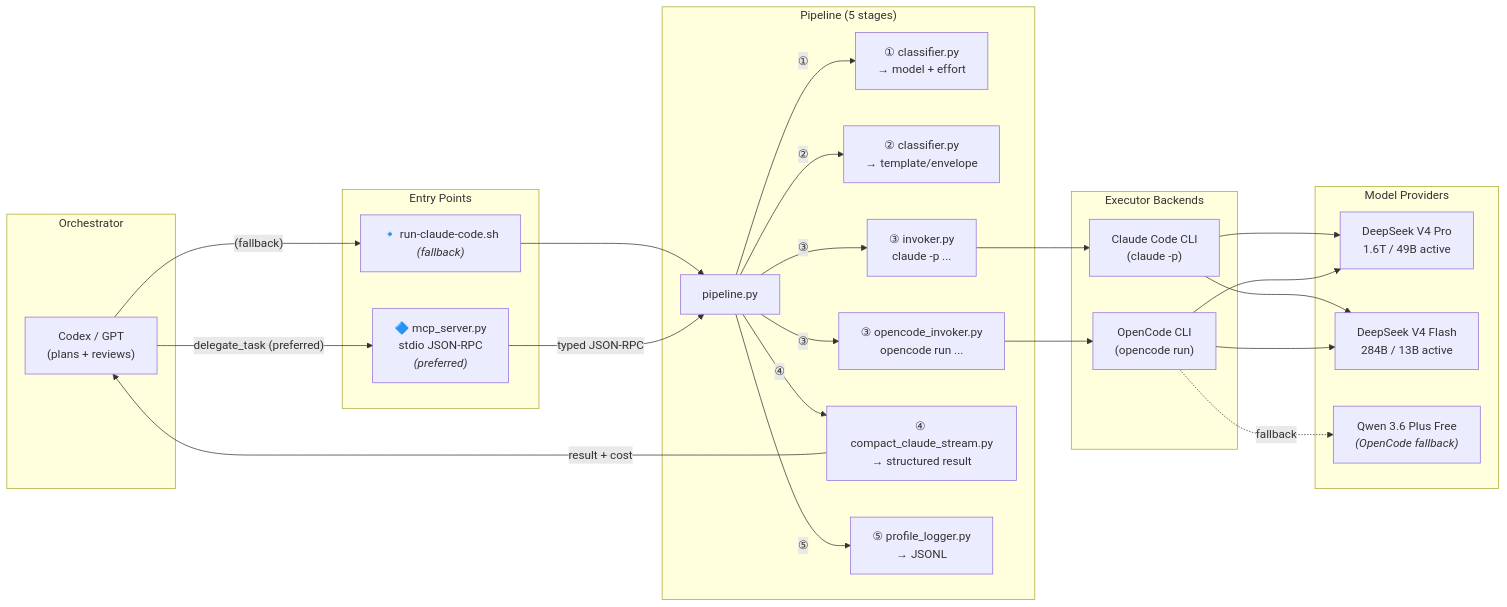
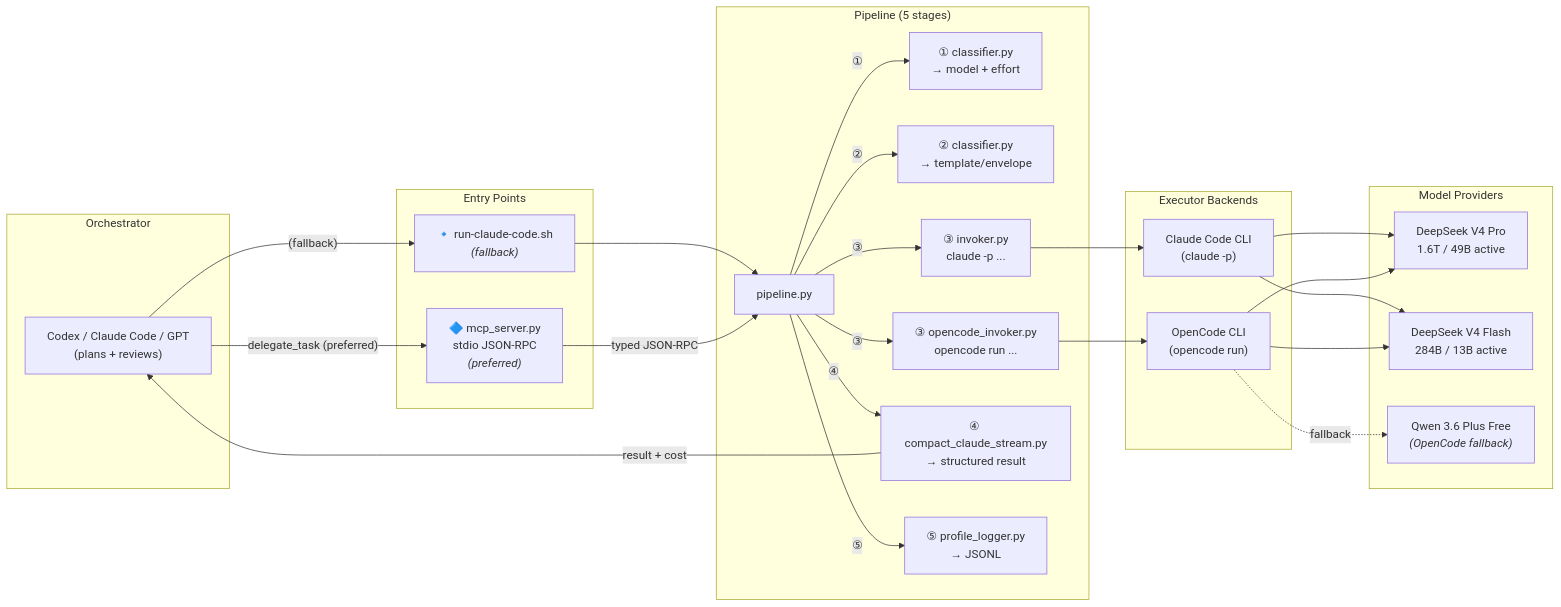
Before and after one commit to DongL/claude-code-delegate: the first of 2 diagrams in README.md, drawn with Mermaid. The commit also changed other lines of this file and 8 other files, not shown here.

Commit message:
docs: update architecture docs, README, and SECURITY info

````diff
--- a/README.md
+++ b/README.md
@@ -10,51 +12,51 @@
 ```mermaid
 flowchart LR
     subgraph Orchestrator["Orchestrator"]
-        Codex["Codex / GPT<br/>(plans + reviews)"]
+        Codex["Codex / Claude Code / GPT<br/>(plans + reviews)"]
     end
 
     subgraph Entry["Entry Points"]
         MCP["🔷 mcp_server.py<br/>stdio JSON-RPC<br/><i>(preferred)</i>"]
         SH["🔹 run-claude-code.sh<br/><i>(fallback)</i>"]
     end
 
     subgraph Pipeline["Pipeline (5 stages)"]
         P["pipeline.py"]
         CL["① classifier.py<br/>→ model + effort"]
         EV["② classifier.py<br/>→ template/envelope"]
         IV["③ invoker.py<br/>claude -p ..."]
         OI["③ opencode_invoker.py<br/>opencode run ..."]
         CT["④ compact_claude_stream.py<br/>→ structured result"]
         PL["⑤ profile_logger.py<br/>→ JSONL"]
     end
 
     subgraph Backends["Executor Backends"]
         CC["Claude Code CLI<br/>(claude -p)"]
         OC["OpenCode CLI<br/>(opencode run)"]
     end
 
     subgraph Models["Model Providers"]
         PRO["DeepSeek V4 Pro<br/>1.6T / 49B active"]
         FLASH["DeepSeek V4 Flash<br/>284B / 13B active"]
         QWEN["Qwen 3.6 Plus Free<br/><i>(OpenCode fallback)</i>"]
     end
 
     Codex -->|"delegate_task (preferred)"| MCP
     Codex -->|"(fallback)"| SH
     SH --> P
     MCP -->|typed JSON-RPC| P
     P -->|①| CL
     P -->|②| EV
     P -->|③| IV
     P -->|③| OI
     IV --> CC
     OI --> OC
     CC --> PRO
     CC --> FLASH
     OC --> PRO
     OC --> FLASH
     OC -.->|fallback| QWEN
     P -->|④| CT
     P -->|⑤| PL
     CT -->|result + cost| Codex
 ```
````
